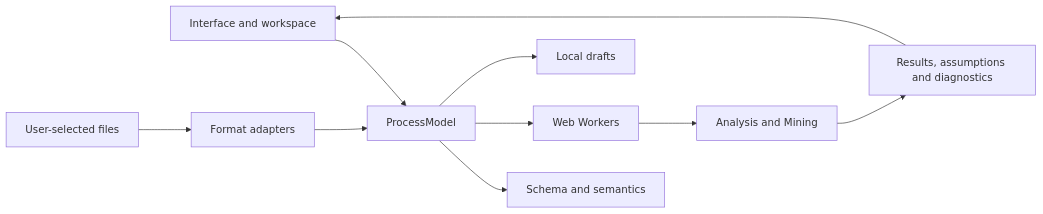
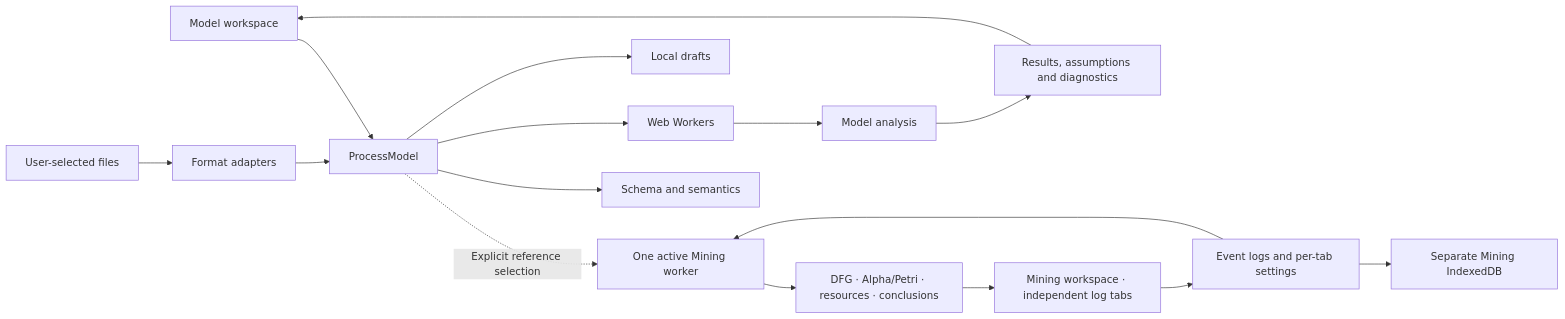
The second of 2 diagrams in README.md (thang-uit/Flowculus), drawn with Mermaid before and after one commit. The commit also changed other lines of this file and 42 other files, not shown here.

Commit message:
feat: isolate mining logs and harden workspace flows

````diff
--- a/README.md
+++ b/README.md
@@ -375,12 +388,18 @@
 ```mermaid
 flowchart LR
-  UI["Interface and workspace"] --> MODEL["ProcessModel"]
+  UI["Model workspace"] --> MODEL["ProcessModel"]
+  MINING["Mining workspace · independent log tabs"] --> LOGS["Event logs and per-tab settings"]
+  LOGS --> MINER["One active Mining worker"]
+  MINER --> EVIDENCE["DFG · Alpha/Petri · resources · conclusions"]
+  EVIDENCE --> MINING
+  LOGS --> LOGSTORE["Separate Mining IndexedDB"]
+  MODEL -. "Explicit reference selection" .-> MINER
   MODEL --> VALIDATION["Schema and semantics"]
   MODEL --> WORKERS["Web Workers"]
-  WORKERS --> ENGINE["Analysis and Mining"]
+  WORKERS --> ENGINE["Model analysis"]
   ENGINE --> RESULT["Results, assumptions and diagnostics"]
   RESULT --> UI
   FILES["User-selected files"] --> ADAPTERS["Format adapters"]
   ADAPTERS --> MODEL
   MODEL --> STORAGE["Local drafts"]
 ```
````
